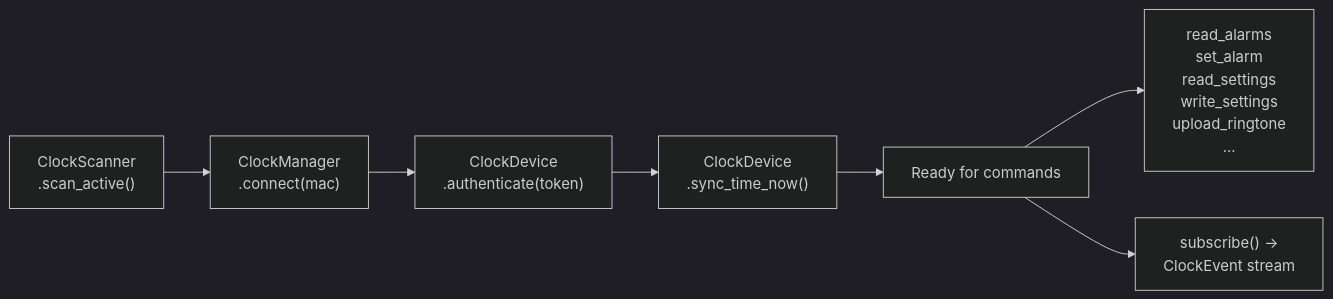
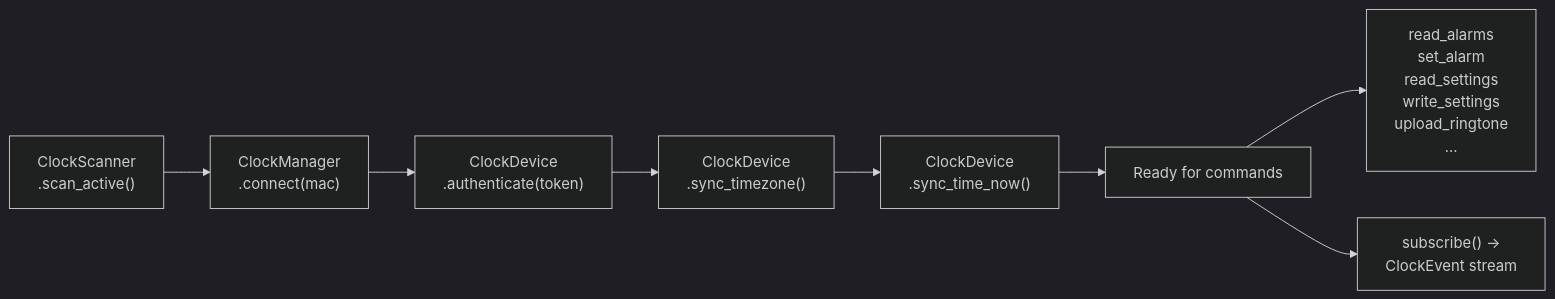
The second of 3 diagrams in book/src/architecture.md (smearor/cgd1-rs), drawn with Mermaid (dark theme) before and after one commit. The commit also changed other lines of this file and 5 other files, not shown here.

````diff
--- a/book/src/architecture.md
+++ b/book/src/architecture.md
@@ -62,9 +62,10 @@
 ```mermaid
 flowchart LR
     Scan["ClockScanner<br/>.scan_active()"] --> Connect["ClockManager<br/>.connect(mac)"]
     Connect --> Auth["ClockDevice<br/>.authenticate(token)"]
-    Auth --> SyncTime["ClockDevice<br/>.sync_time_now()"]
+    Auth --> SyncTZ["ClockDevice<br/>.sync_timezone()"]
+    SyncTZ --> SyncTime["ClockDevice<br/>.sync_time_now()"]
     SyncTime --> Ready["Ready for commands"]
     Ready --> Operate["read_alarms<br/>set_alarm<br/>read_settings<br/>write_settings<br/>upload_ringtone<br/>..."]
     Ready --> Monitor["subscribe() →<br/>ClockEvent stream"]
 ```
````
